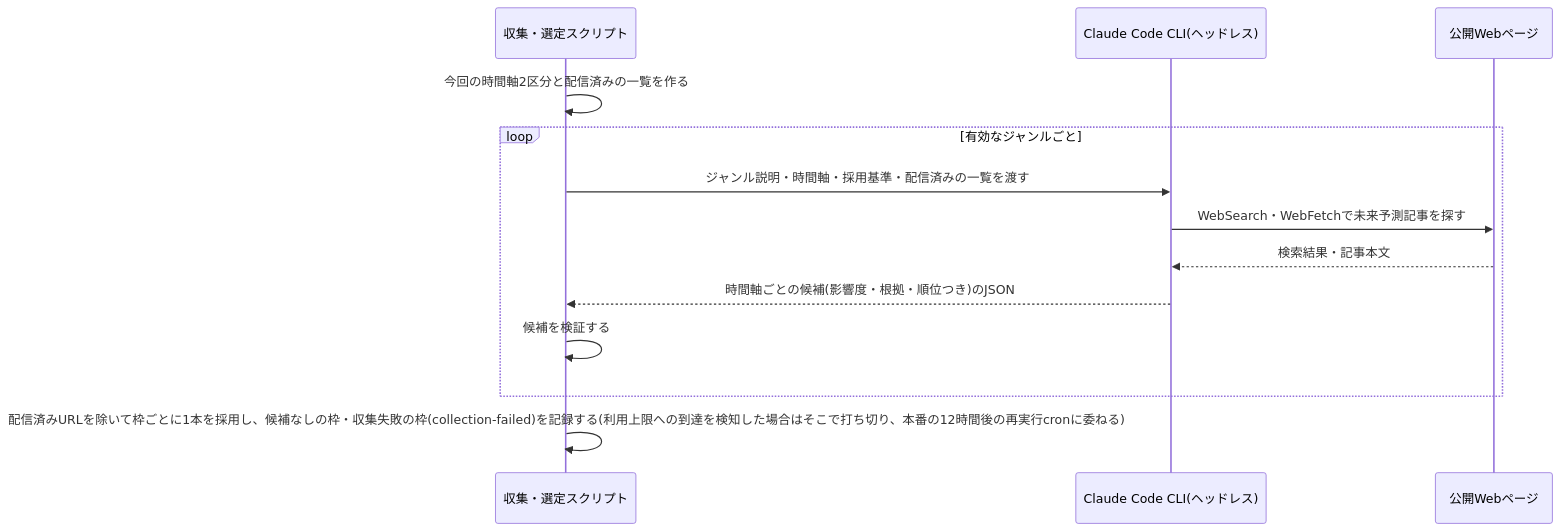
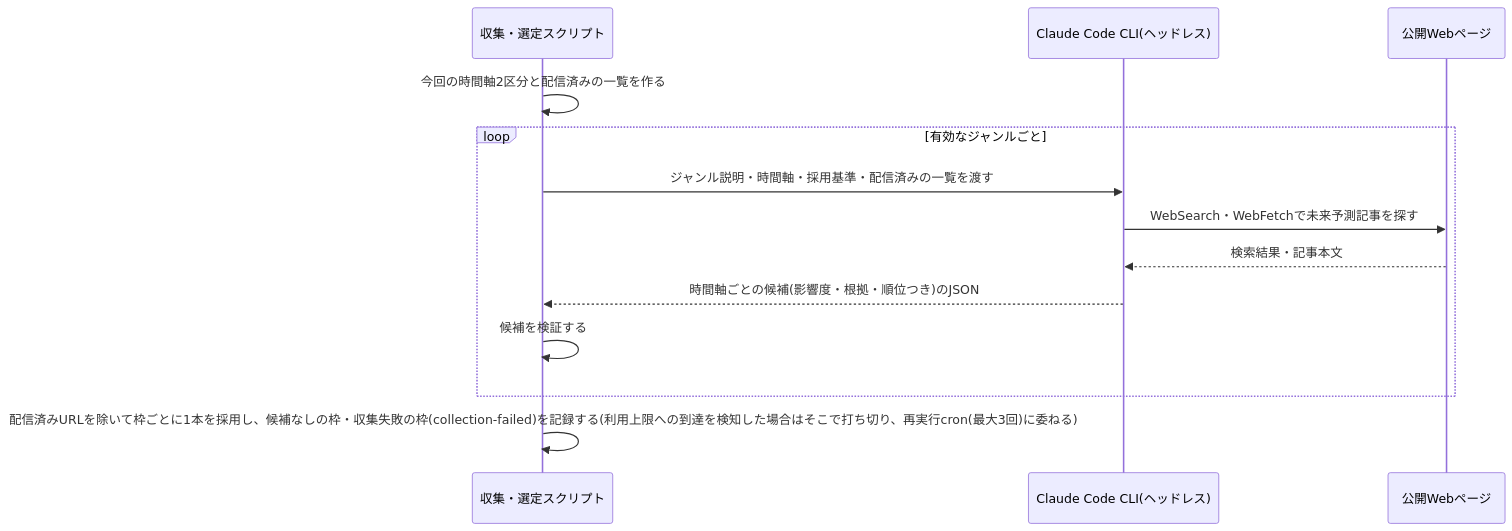
One commit to zakiyama0108/benriyatool changed the diagram in specs/future-digest/content-selection/design.md. Above: the diagram before and after it, drawn with Mermaid. The commit also changed other lines of this file and 9 other files, not shown here.

````diff
--- a/specs/future-digest/content-selection/design.md
+++ b/specs/future-digest/content-selection/design.md
@@ -103,16 +103,16 @@
 ```mermaid
 sequenceDiagram
     participant script as 収集・選定スクリプト
     participant claude as Claude Code CLI(ヘッドレス)
     participant web as 公開Webページ
 
     script ->> script: 今回の時間軸2区分と配信済みの一覧を作る
     loop 有効なジャンルごと
         script ->> claude: ジャンル説明・時間軸・採用基準・配信済みの一覧を渡す
         claude ->> web: WebSearch・WebFetchで未来予測記事を探す
         web -->> claude: 検索結果・記事本文
         claude -->> script: 時間軸ごとの候補(影響度・根拠・順位つき)のJSON
         script ->> script: 候補を検証する
     end
-    script ->> script: 配信済みURLを除いて枠ごとに1本を採用し、候補なしの枠・収集失敗の枠(collection-failed)を記録する(利用上限への到達を検知した場合はそこで打ち切り、本番の12時間後の再実行cronに委ねる)
+    script ->> script: 配信済みURLを除いて枠ごとに1本を採用し、候補なしの枠・収集失敗の枠(collection-failed)を記録する(利用上限への到達を検知した場合はそこで打ち切り、再実行cron(最大3回)に委ねる)
 ```
````
